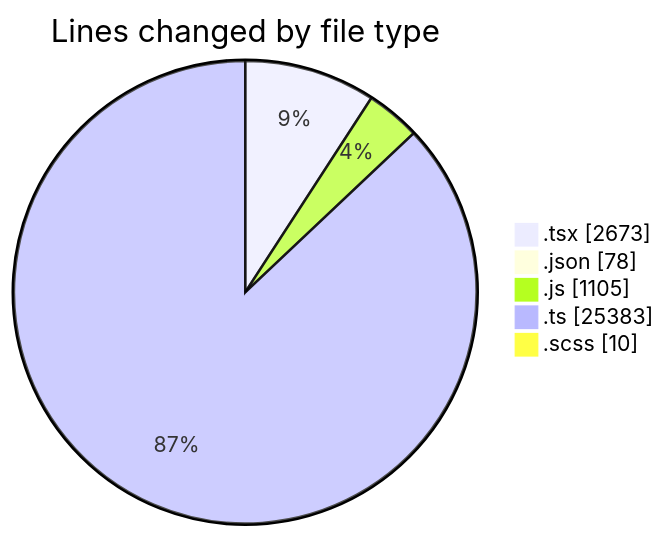
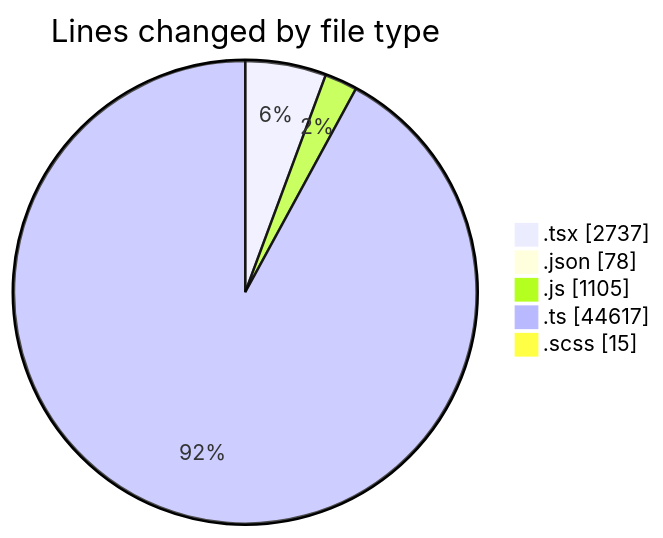
The first of 2 diagrams in 2026-10-19/cda/README.md (momahboobian/code-tracking), drawn with Mermaid before and after one commit. The commit also changed other lines of this file and 1 other file, not shown here.

````diff
--- a/2026-10-19/cda/README.md
+++ b/2026-10-19/cda/README.md
@@ -37,9 +41,9 @@
 ```mermaid
 pie showData
 title Lines changed by file type
-".tsx" : 2673
+".tsx" : 2737
 ".json" : 78
 ".js" : 1105
-".ts" : 25383
-".scss" : 10
+".ts" : 44617
+".scss" : 15
 ```
````
